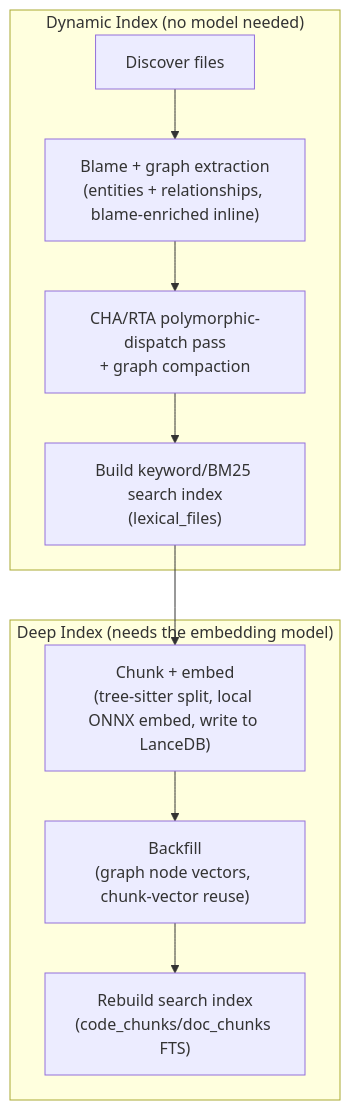
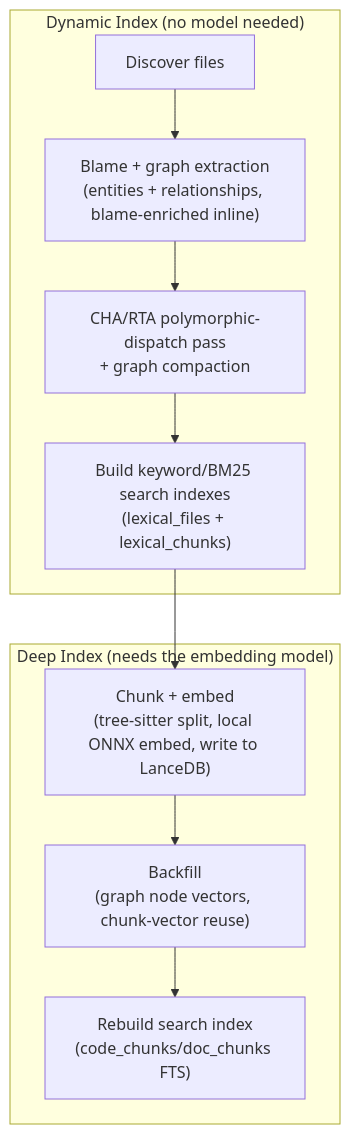
One commit to Contextual-Laboratories/Contextual-Labs changed the diagram in docs/indexing/explanation/how-indexing-works.md. Above: the diagram before and after it, drawn with Mermaid. The commit also changed other lines of this file and 60 other files, not shown here.

````diff
--- a/docs/indexing/explanation/how-indexing-works.md
+++ b/docs/indexing/explanation/how-indexing-works.md
@@ -26,13 +26,13 @@
 ```mermaid
 flowchart TD
     subgraph dyn["Dynamic Index (no model needed)"]
         A[Discover files] --> B["Blame + graph extraction\n(entities + relationships, blame-enriched inline)"]
         B --> C["CHA/RTA polymorphic-dispatch pass\n+ graph compaction"]
-        C --> D["Build keyword/BM25 search index\n(lexical_files)"]
+        C --> D["Build keyword/BM25 search indexes\n(lexical_files + lexical_chunks)"]
     end
     D --> E
     subgraph deep["Deep Index (needs the embedding model)"]
         E["Chunk + embed\n(tree-sitter split, local ONNX embed, write to LanceDB)"] --> F["Backfill\n(graph node vectors, chunk-vector reuse)"]
         F --> G["Rebuild search index\n(code_chunks/doc_chunks FTS)"]
     end
 ```
````
